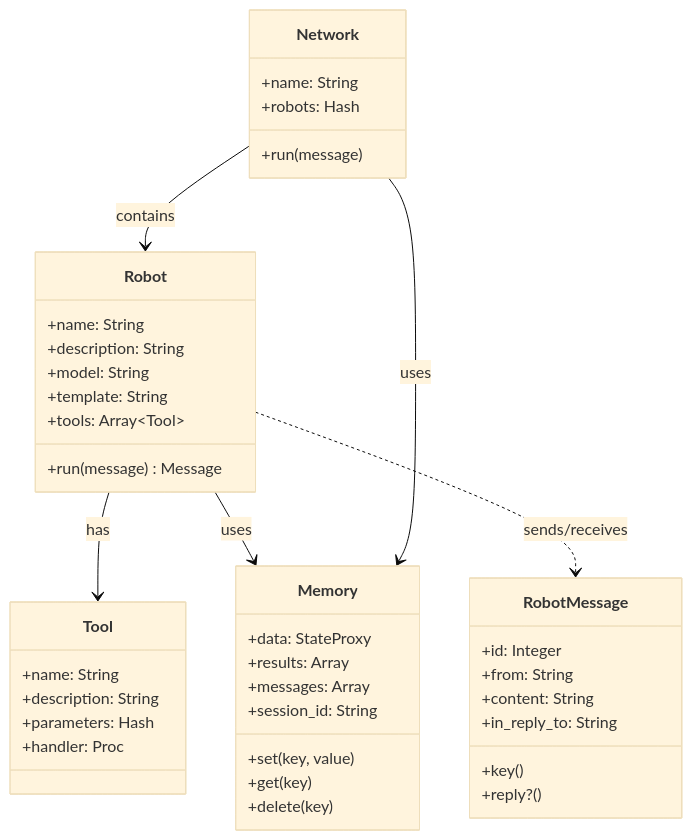
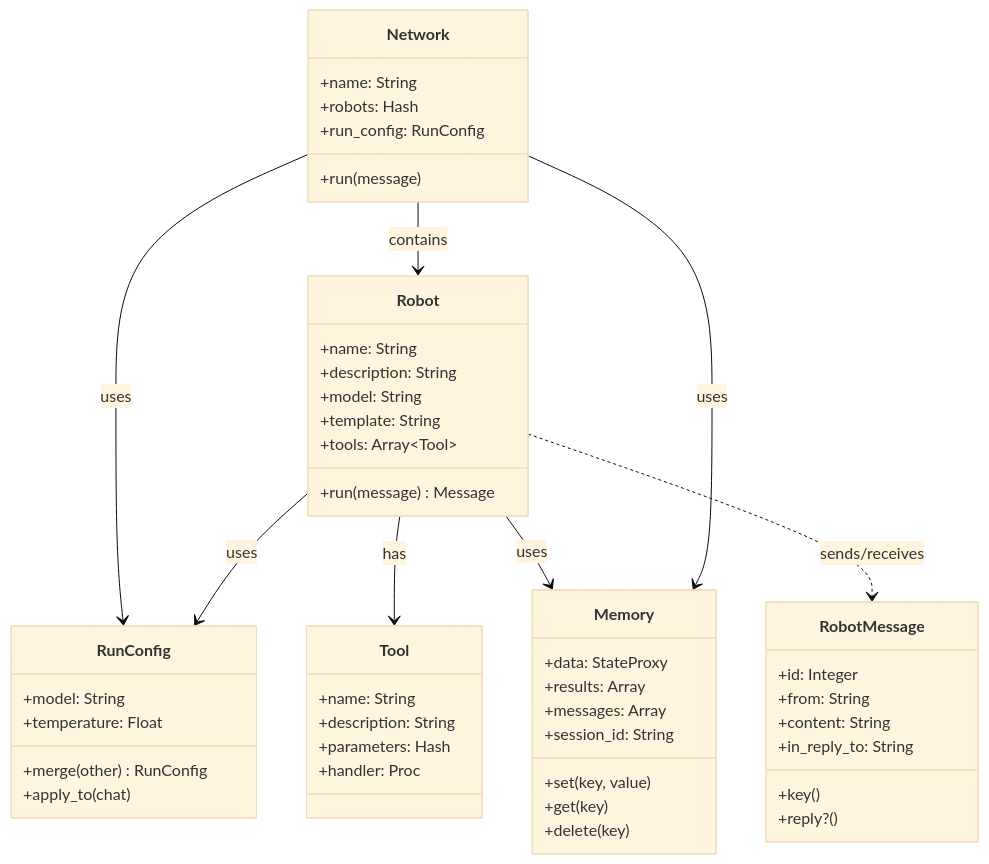
One commit to MadBomber/robot_lab changed the diagram in docs/api/core/index.md. Above: the diagram before and after it, drawn with Mermaid (base theme). The commit also changed other lines of this file and 18 other files, not shown here.

First line of the commit message:
feat(config): add RunConfig for shared network and robot configuration

````diff
--- a/docs/api/core/index.md
+++ b/docs/api/core/index.md
@@ -7,49 +7,59 @@
 ```mermaid
 classDiagram
     class Robot {
         +name: String
         +description: String
         +model: String
         +template: String
         +tools: Array~Tool~
         +run(message) Message
     }
 
     class Network {
         +name: String
         +robots: Hash
+        +run_config: RunConfig
         +run(message)
+    }
+
+    class RunConfig {
+        +model: String
+        +temperature: Float
+        +merge(other) RunConfig
+        +apply_to(chat)
     }
 
     class Tool {
         +name: String
         +description: String
         +parameters: Hash
         +handler: Proc
     }
 
     class Memory {
         +set(key, value)
         +get(key)
         +delete(key)
         +data: StateProxy
         +results: Array
         +messages: Array
         +session_id: String
     }
 
     class RobotMessage {
         +id: Integer
         +from: String
         +content: String
         +in_reply_to: String
         +key()
         +reply?()
     }
 
     Network --> Robot : contains
+    Network --> RunConfig : uses
+    Robot --> RunConfig : uses
     Robot --> Tool : has
     Robot --> Memory : uses
     Network --> Memory : uses
     Robot ..> RobotMessage : sends/receives
 ```
````
